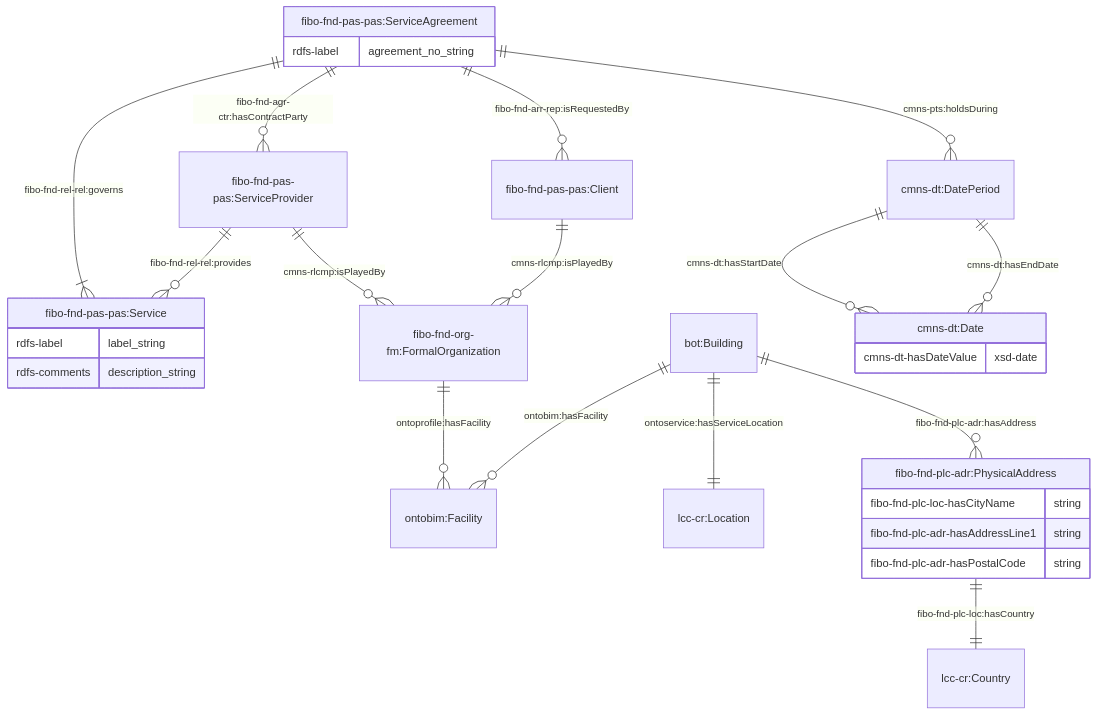
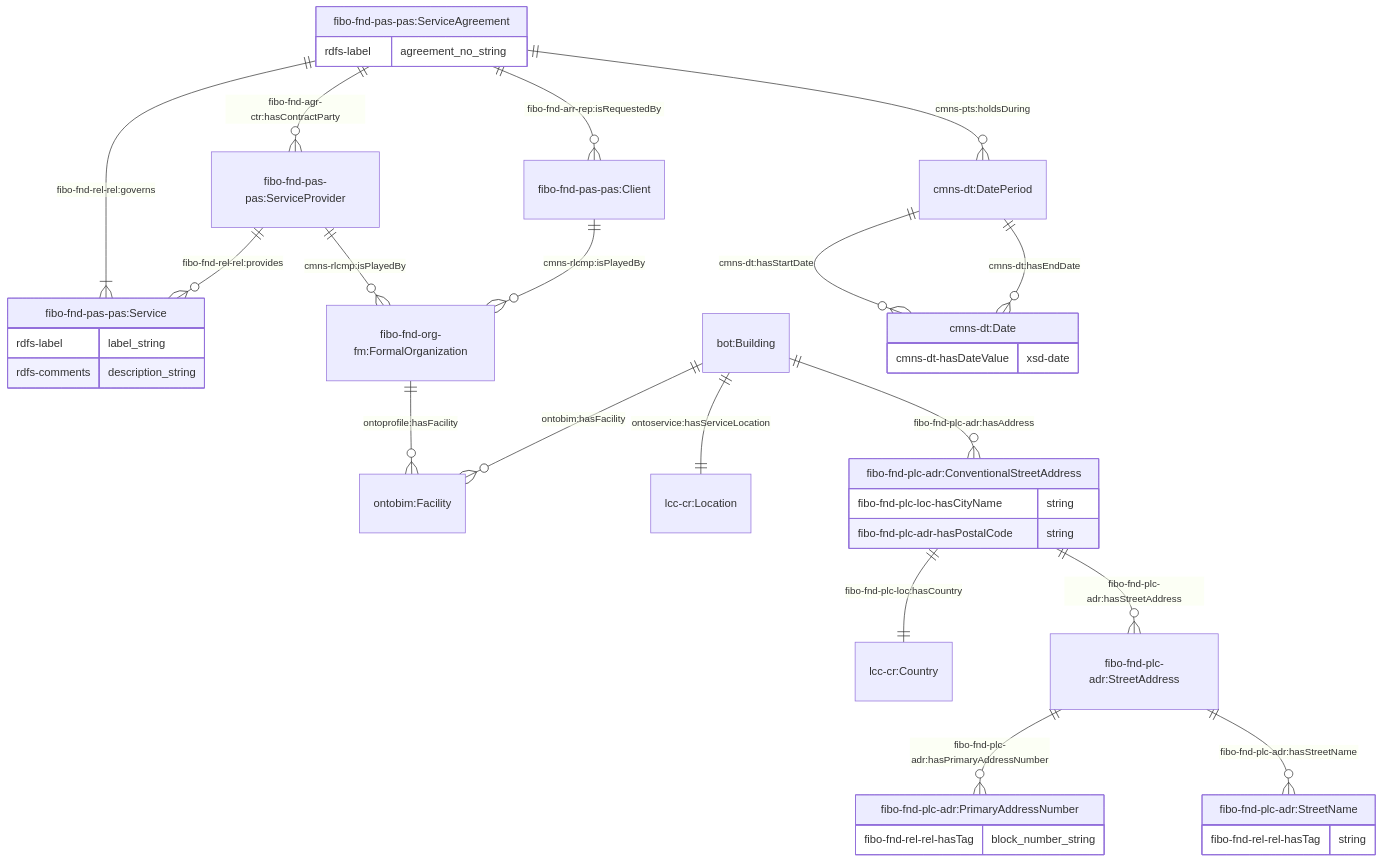
Before and after one commit to cambridge-cares/TheWorldAvatar: the first of 10 diagrams in JPS_Ontology/ontology/ontoservice/README.md, drawn with Mermaid. The commit also changed 1 other file, not shown here.

Commit message:
dev-ontoservice-lifecycle: Updated physical address to conventional street address usage in ontoservice and ontoprofile documentation

````diff
--- a/JPS_Ontology/ontology/ontoservice/README.md
+++ b/JPS_Ontology/ontology/ontoservice/README.md
@@ -62,36 +62,45 @@
 ```mermaid
     erDiagram
     "fibo-fnd-pas-pas:ServiceAgreement" {
         rdfs-label agreement_no_string
     }
     "fibo-fnd-pas-pas:ServiceAgreement" ||--|{ "fibo-fnd-pas-pas:Service" : "fibo-fnd-rel-rel:governs"
     "fibo-fnd-pas-pas:Service" {
         rdfs-label label_string
         rdfs-comments description_string
     }
     "fibo-fnd-org-fm:FormalOrganization" ||--o{ "ontobim:Facility" : "ontoprofile:hasFacility "
 
     "bot:Building" ||--|| "lcc-cr:Location" : "ontoservice:hasServiceLocation"
     "bot:Building" ||--o{ "ontobim:Facility" : "ontobim:hasFacility "
-    "bot:Building" ||--o{ "fibo-fnd-plc-adr:PhysicalAddress" : "fibo-fnd-plc-adr:hasAddress"
-    "fibo-fnd-plc-adr:PhysicalAddress" ||--|| "lcc-cr:Country" : "fibo-fnd-plc-loc:hasCountry"
-    "fibo-fnd-plc-adr:PhysicalAddress" {
+    "bot:Building" ||--o{ "fibo-fnd-plc-adr:ConventionalStreetAddress" : "fibo-fnd-plc-adr:hasAddress"
+    "fibo-fnd-plc-adr:ConventionalStreetAddress" ||--|| "lcc-cr:Country" : "fibo-fnd-plc-loc:hasCountry"
+    "fibo-fnd-plc-adr:ConventionalStreetAddress" ||--o{ "fibo-fnd-plc-adr:StreetAddress" : "fibo-fnd-plc-adr:hasStreetAddress"
+    "fibo-fnd-plc-adr:ConventionalStreetAddress" {
         fibo-fnd-plc-loc-hasCityName string
-        fibo-fnd-plc-adr-hasAddressLine1 string
         fibo-fnd-plc-adr-hasPostalCode string
+    }
+    "fibo-fnd-plc-adr:StreetAddress" ||--o{ "fibo-fnd-plc-adr:PrimaryAddressNumber" : "fibo-fnd-plc-adr:hasPrimaryAddressNumber"
+    "fibo-fnd-plc-adr:StreetAddress" ||--o{ "fibo-fnd-plc-adr:StreetName" : "fibo-fnd-plc-adr:hasStreetName"
+
+    "fibo-fnd-plc-adr:PrimaryAddressNumber" {
+        fibo-fnd-rel-rel-hasTag block_number_string
+    }
+    "fibo-fnd-plc-adr:StreetName" {
+        fibo-fnd-rel-rel-hasTag string
     }
 
     "fibo-fnd-pas-pas:ServiceAgreement" ||--o{ "cmns-dt:DatePeriod" : "cmns-pts:holdsDuring"
     "cmns-dt:DatePeriod" ||--o{ "cmns-dt:Date" : "cmns-dt:hasStartDate"
     "cmns-dt:DatePeriod" ||--o{ "cmns-dt:Date" : "cmns-dt:hasEndDate"
     "cmns-dt:Date" {
         cmns-dt-hasDateValue xsd-date
     }
 
     "fibo-fnd-pas-pas:ServiceAgreement" ||--o{ "fibo-fnd-pas-pas:Client" : "fibo-fnd-arr-rep:isRequestedBy"
     "fibo-fnd-pas-pas:ServiceAgreement" ||--o{ "fibo-fnd-pas-pas:ServiceProvider" : "fibo-fnd-agr-ctr:hasContractParty"
 
     "fibo-fnd-pas-pas:ServiceProvider" ||--o{ "fibo-fnd-org-fm:FormalOrganization"  : "cmns-rlcmp:isPlayedBy"
     "fibo-fnd-pas-pas:ServiceProvider" ||--o{ "fibo-fnd-pas-pas:Service"  : "fibo-fnd-rel-rel:provides"
     "fibo-fnd-pas-pas:Client" ||--o{ "fibo-fnd-org-fm:FormalOrganization"  : "cmns-rlcmp:isPlayedBy"
 ```
````
